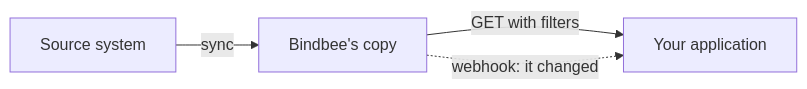
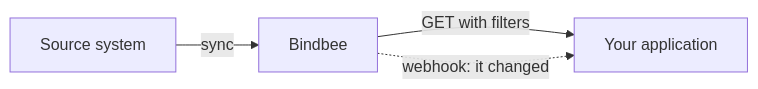
The diagram in guides/reading-writing/reading-data.mdx (kaval1810/bindbee-docs-test), drawn with Mermaid before and after one commit. The commit also changed other lines of this file and 6 other files, not shown here.

````diff
--- a/guides/reading-writing/reading-data.mdx
+++ b/guides/reading-writing/reading-data.mdx
@@ -12,6 +12,6 @@
 ```mermaid
 flowchart LR
-    SRC["Source system"] -->|sync| BB["Bindbee's copy"]
+    SRC["Source system"] -->|sync| BB["Bindbee"]
     BB -->|"GET with filters"| YOU["Your application"]
     BB -.->|"webhook: it changed"| YOU
 ```
````
